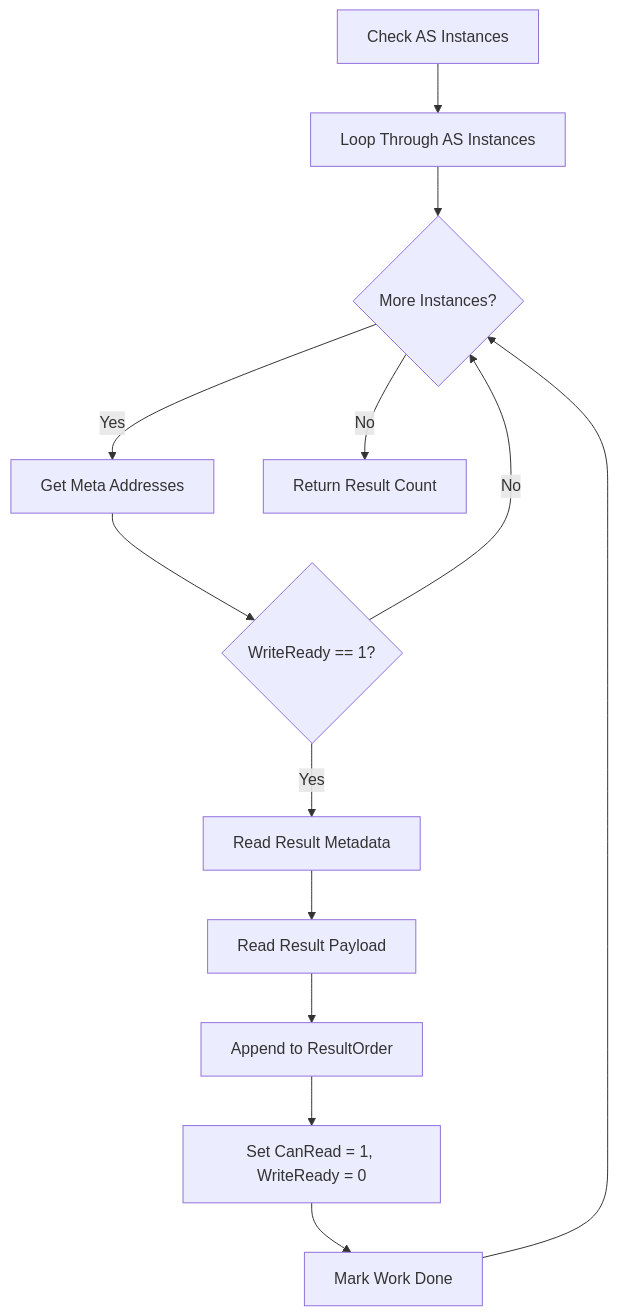
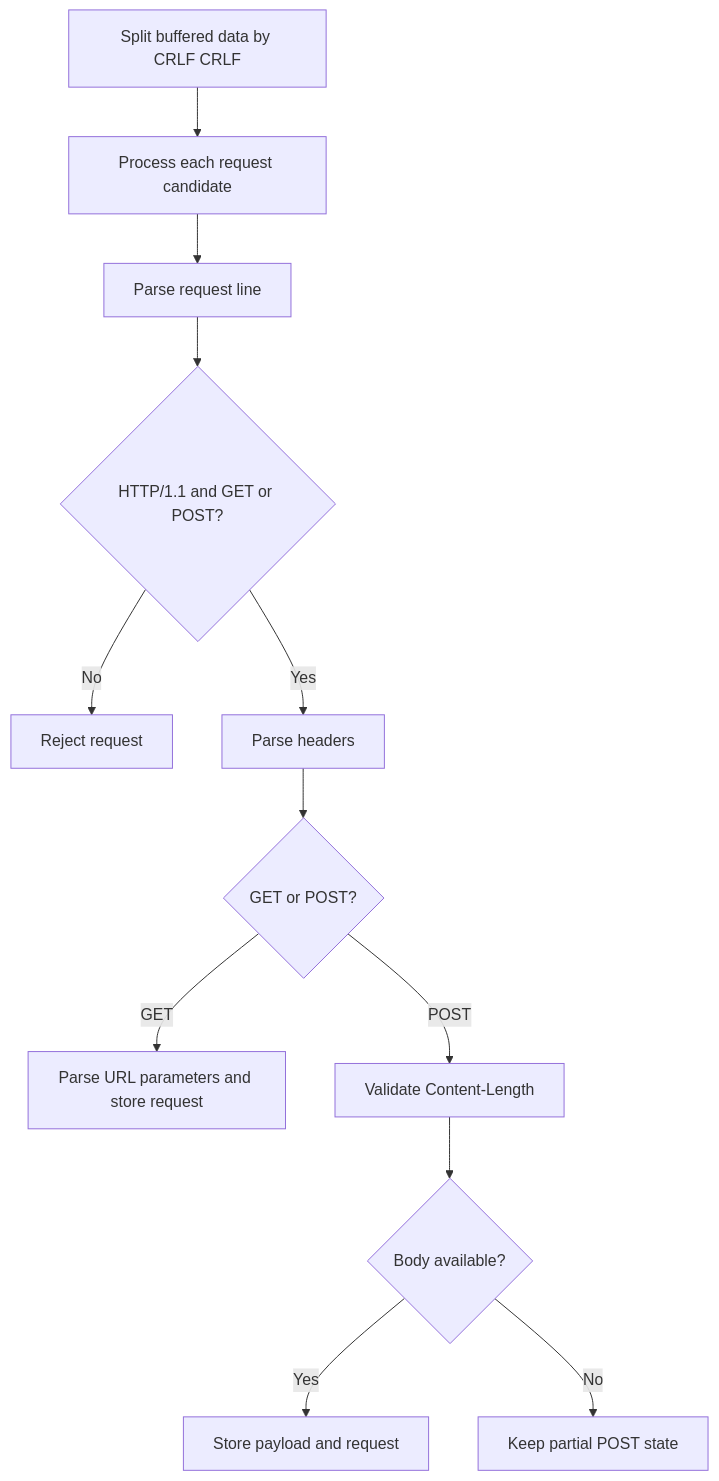
Before and after one commit to WEBcodeX1/http-1.2: the ninth of 11 diagrams in doc/Graphical-Workflows.rst, drawn with Mermaid. The commit also changed other lines of this file and 22 other files, not shown here.

Commit message:
Refresh docs for current architecture

```diff
--- a/doc/Graphical-Workflows.rst
+++ b/doc/Graphical-Workflows.rst
@@ -198,15 +155,14 @@
 .. mermaid::
 
     flowchart TD;
-    A[Check AS Instances] --> B[Loop Through AS Instances];
-    B --> C{More Instances?};
-    C -->|Yes| D[Get Meta Addresses];
-    D --> E{WriteReady == 1?};
-    E -->|Yes| F[Read Result Metadata];
-    F --> G[Read Result Payload];
-    G --> H[Append to ResultOrder];
-    H --> I[Set CanRead = 1, WriteReady = 0];
-    I --> J[Mark Work Done];
-    J --> C;
-    E -->|No| C;
-    C -->|No| K[Return Result Count];
+    A[Split buffered data by CRLF CRLF] --> B[Process each request candidate];
+    B --> C[Parse request line];
+    C --> D{HTTP/1.1 and GET or POST?};
+    D -->|No| E[Reject request];
+    D -->|Yes| F[Parse headers];
+    F --> G{GET or POST?};
+    G -->|GET| H[Parse URL parameters and store request];
+    G -->|POST| I[Validate Content-Length];
+    I --> J{Body available?};
+    J -->|Yes| K[Store payload and request];
+    J -->|No| L[Keep partial POST state];
```
